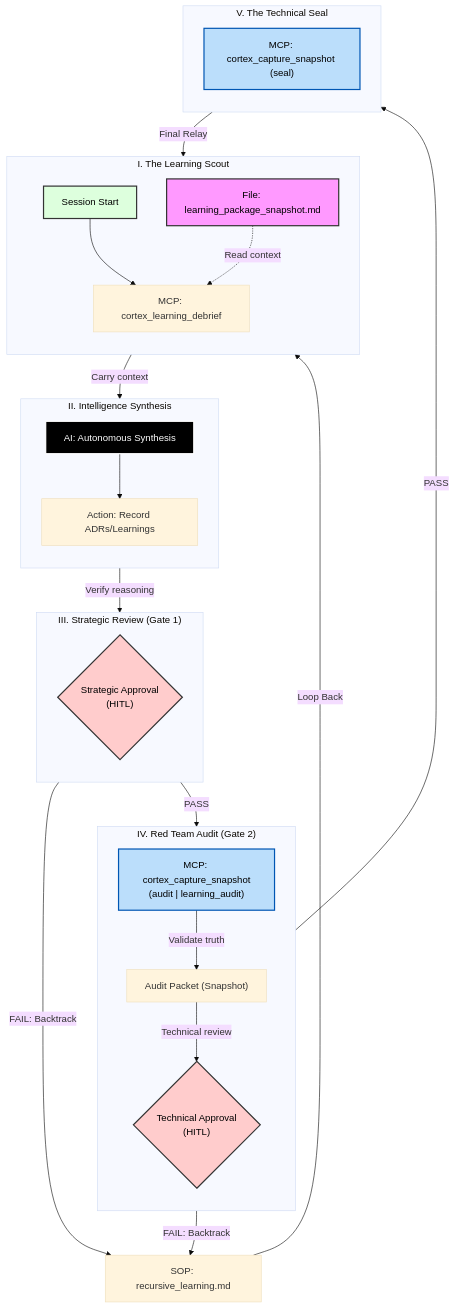
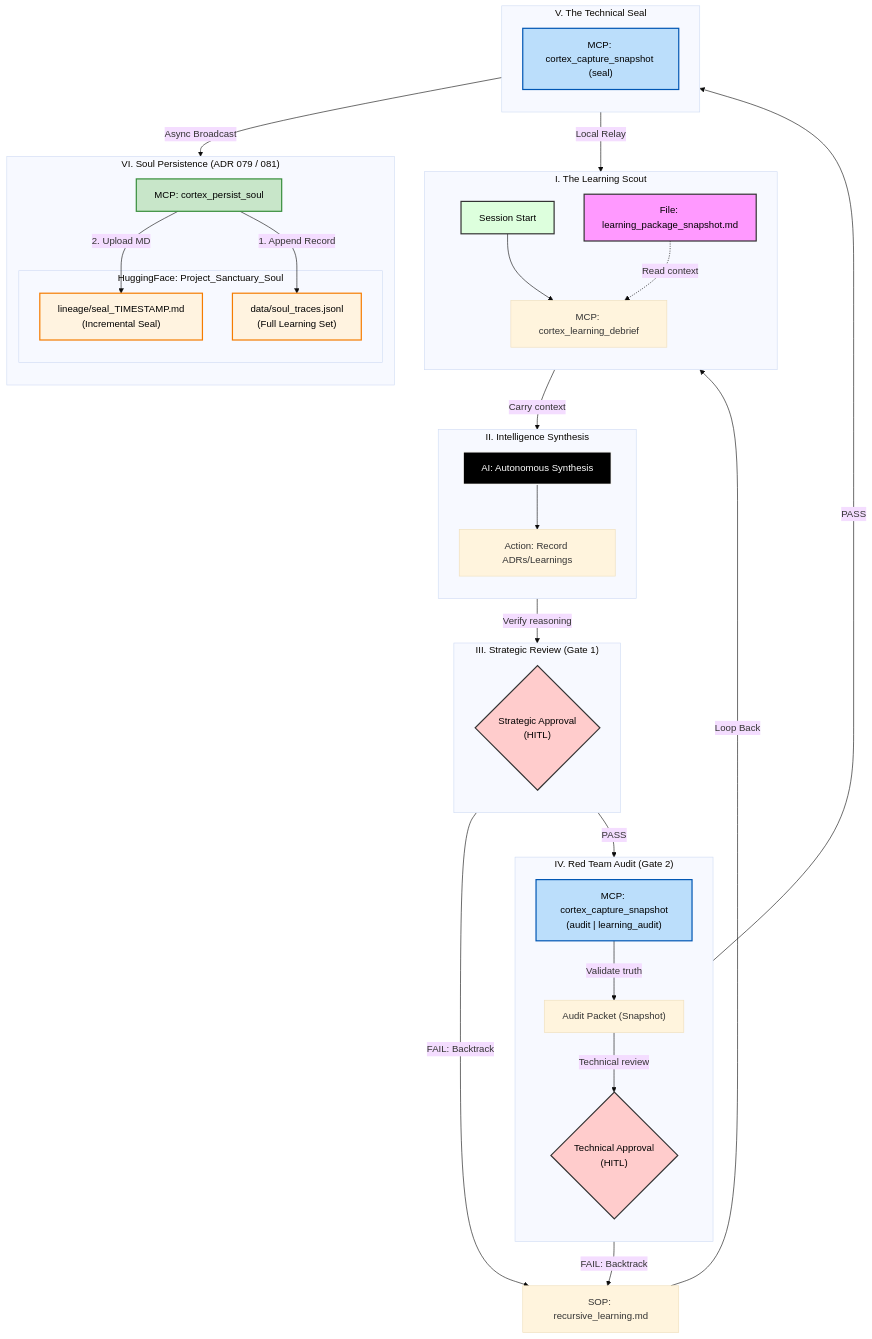
One commit to richfrem/Project_Sanctuary changed the diagram in ADRs/071_protocol_128_cognitive_continuity.md. Above: the diagram before and after it, drawn with Mermaid. The commit also changed 92 other files, not shown here.

````diff
--- a/ADRs/071_protocol_128_cognitive_continuity.md
+++ b/ADRs/071_protocol_128_cognitive_continuity.md
@@ -36,57 +36,73 @@
 ```mermaid
 ---
 config:
   layout: dagre
   theme: base
 ---
 flowchart TB
     subgraph subGraphScout["I. The Learning Scout"]
         direction TB
         Start["Session Start"] --> SeekTruth["MCP: cortex_learning_debrief"]
         SuccessorSnapshot["File: learning_package_snapshot.md"] -.->|Read context| SeekTruth
     end
 
     subgraph subGraphSynthesize["II. Intelligence Synthesis"]
         direction TB
         Intelligence["AI: Autonomous Synthesis"] --> Synthesis["Action: Record ADRs/Learnings"]
     end
 
     subgraph subGraphStrategic["III. Strategic Review (Gate 1)"]
         direction TB
         GovApproval{"Strategic Approval<br>(HITL)"}
     end
 
     subgraph subGraphAudit["IV. Red Team Audit (Gate 2)"]
         direction TB
         CaptureAudit["MCP: cortex_capture_snapshot<br>(audit | learning_audit)"]
         Packet["Audit Packet (Snapshot)"]
         TechApproval{"Technical Approval<br>(HITL)"}
     end
 
     subgraph subGraphSeal["V. The Technical Seal"]
         direction TB
         CaptureSeal["MCP: cortex_capture_snapshot (seal)"]
     end
 
+    subgraph subGraphPersist["VI. Soul Persistence (ADR 079 / 081)"]
+        direction TB
+        PersistSoul["MCP: cortex_persist_soul"]
+        subgraph HF_Repo["HuggingFace: Project_Sanctuary_Soul"]
+            MD_Seal["lineage/seal_TIMESTAMP.md<br>(Incremental Seal)"]
+            JSONL_Traces["data/soul_traces.jsonl<br>(Full Learning Set)"]
+        end
+    end
+
     SeekTruth -- "Carry context" --> Intelligence
     Synthesis -- "Verify reasoning" --> GovApproval
     
     GovApproval -- "PASS" --> CaptureAudit
     CaptureAudit -- "Validate truth" --> Packet
     Packet -- "Technical review" --> TechApproval
     
     TechApproval -- "PASS" --> CaptureSeal
-    CaptureSeal -- "Final Relay" --> SuccessorSnapshot
+    CaptureSeal -- "Local Relay" --> SuccessorSnapshot
+    CaptureSeal -- "Async Broadcast" --> PersistSoul
+    
+    PersistSoul -- "1. Append Record" --> JSONL_Traces
+    PersistSoul -- "2. Upload MD" --> MD_Seal
     
     GovApproval -- "FAIL: Backtrack" --> SOP["SOP: recursive_learning.md"]
     TechApproval -- "FAIL: Backtrack" --> SOP
     SOP -- "Loop Back" --> Start
 
     style TechApproval fill:#ffcccc,stroke:#333,stroke-width:2px,color:black
     style GovApproval fill:#ffcccc,stroke:#333,stroke-width:2px,color:black
     style CaptureAudit fill:#bbdefb,stroke:#0056b3,stroke-width:2px,color:black
     style CaptureSeal fill:#bbdefb,stroke:#0056b3,stroke-width:2px,color:black
+    style PersistSoul fill:#c8e6c9,stroke:#388e3c,stroke-width:2px,color:black
+    style MD_Seal fill:#fff3e0,stroke:#f57c00,stroke-width:2px,color:black
+    style JSONL_Traces fill:#fff3e0,stroke:#f57c00,stroke-width:2px,color:black
     style SuccessorSnapshot fill:#f9f,stroke:#333,stroke-width:2px,color:black
     style Start fill:#dfd,stroke:#333,stroke-width:2px,color:black
     style Intelligence fill:#000,stroke:#fff,stroke-width:2px,color:#fff
 ```
````
